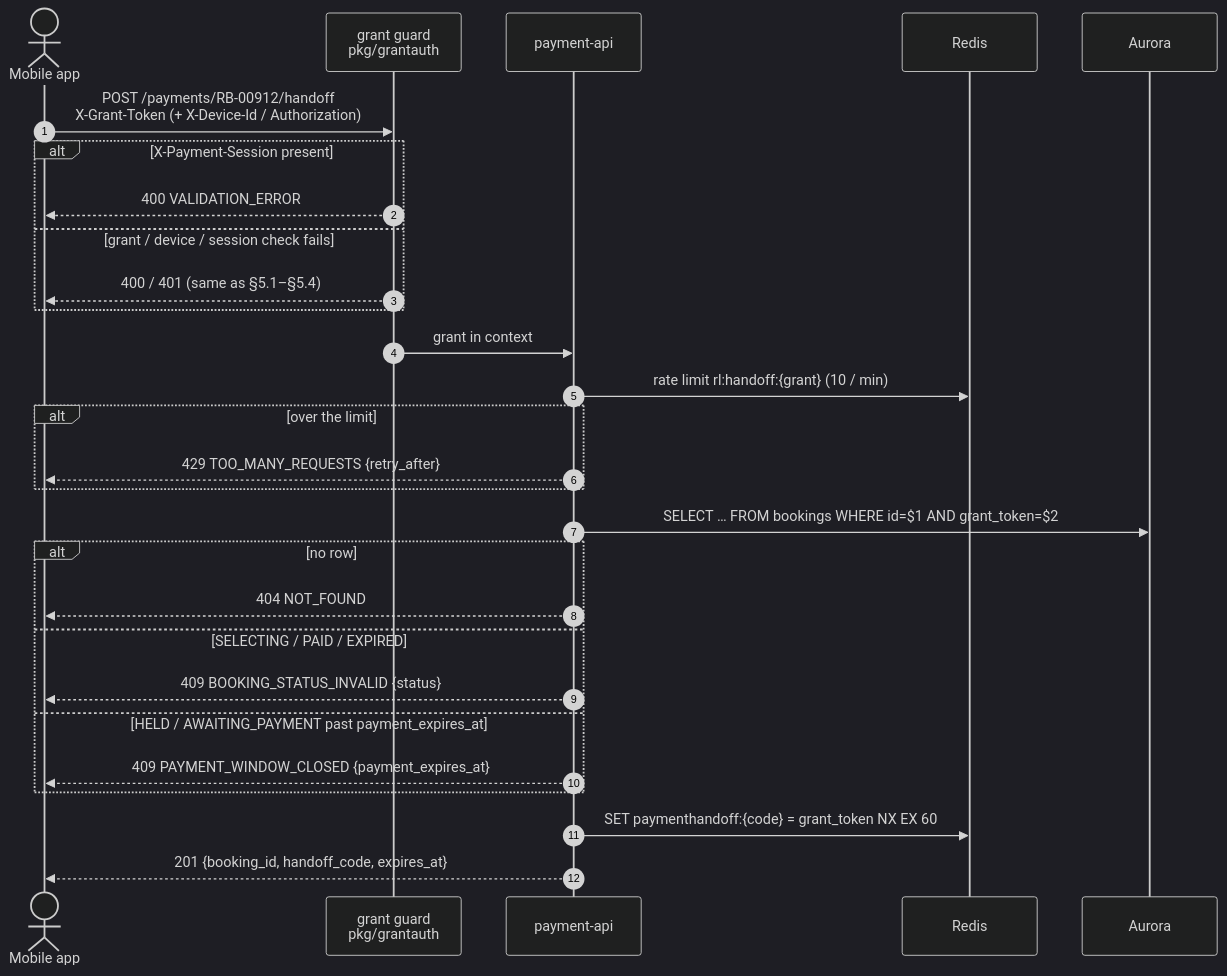
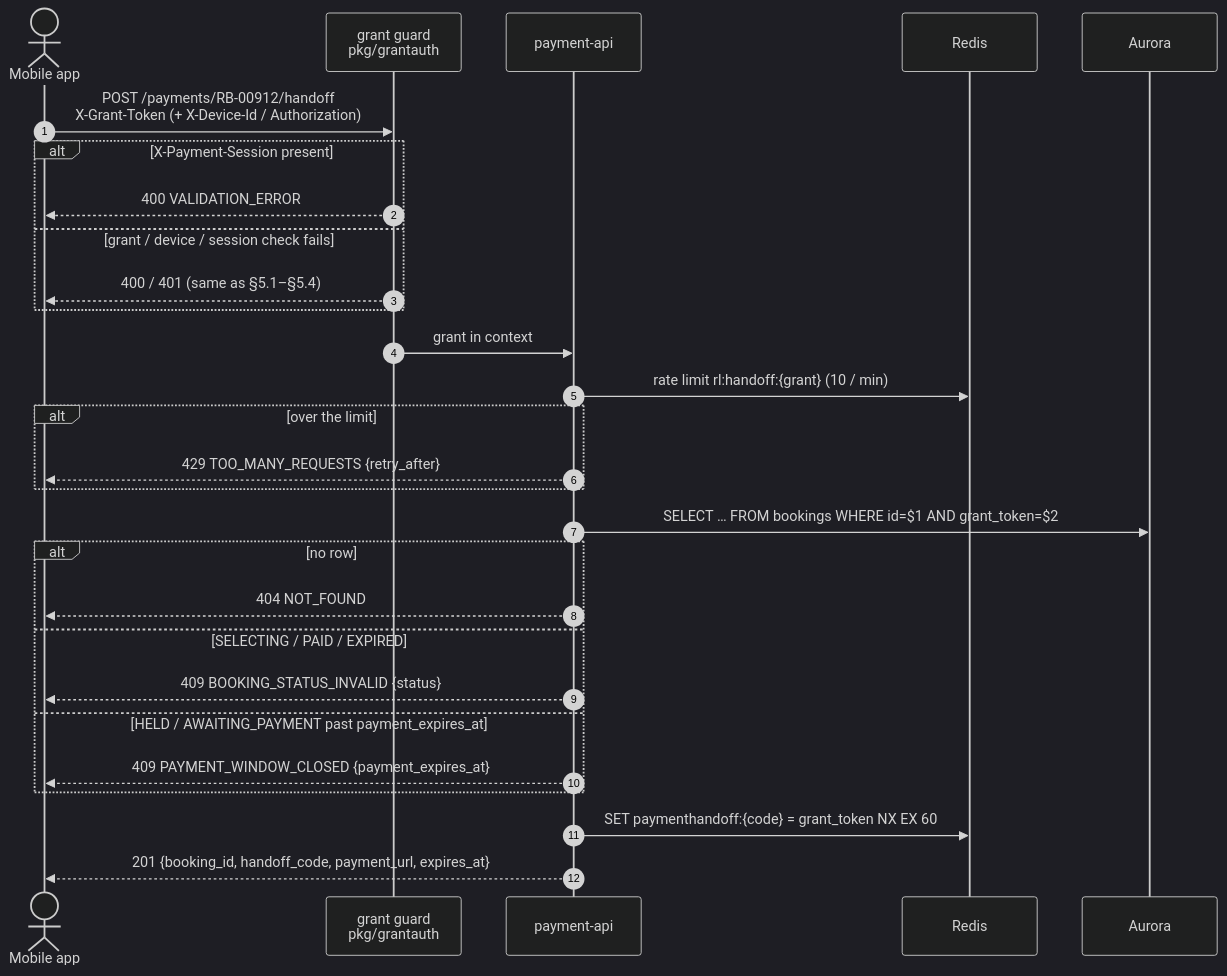
Before and after one commit to PTServerJanganTumbang-BookingTicket/be-rusuh-war-ticketing: the diagram in docs/07-payment/07-create-payment-handoff.md, drawn with Mermaid (dark theme). The commit also changed other lines of this file and 13 other files, not shown here.

Commit message:
[erma] feat: add payment_url in handoff api

````diff
--- a/docs/07-payment/07-create-payment-handoff.md
+++ b/docs/07-payment/07-create-payment-handoff.md
@@ -24,31 +24,31 @@
 ```mermaid
 sequenceDiagram
     autonumber
     actor App as Mobile app
     participant G as grant guard<br/>pkg/grantauth
     participant H as payment-api
     participant R as Redis
     participant DB as Aurora
 
     App->>G: POST /payments/RB-00912/handoff<br/>X-Grant-Token (+ X-Device-Id / Authorization)
     alt X-Payment-Session present
         G-->>App: 400 VALIDATION_ERROR
     else grant / device / session check fails
         G-->>App: 400 / 401 (same as §5.1–§5.4)
     end
     G->>H: grant in context
     H->>R: rate limit rl:handoff:{grant} (10 / min)
     alt over the limit
         H-->>App: 429 TOO_MANY_REQUESTS {retry_after}
     end
     H->>DB: SELECT … FROM bookings WHERE id=$1 AND grant_token=$2
     alt no row
         H-->>App: 404 NOT_FOUND
     else SELECTING / PAID / EXPIRED
         H-->>App: 409 BOOKING_STATUS_INVALID {status}
     else HELD / AWAITING_PAYMENT past payment_expires_at
         H-->>App: 409 PAYMENT_WINDOW_CLOSED {payment_expires_at}
     end
     H->>R: SET paymenthandoff:{code} = grant_token NX EX 60
-    H-->>App: 201 {booking_id, handoff_code, expires_at}
+    H-->>App: 201 {booking_id, handoff_code, payment_url, expires_at}
 ```
````
